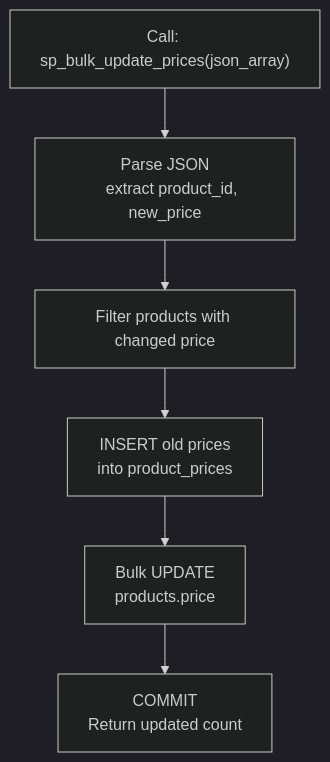
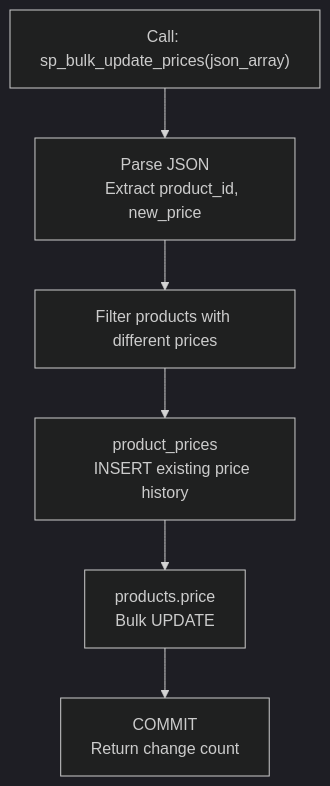
One commit to civilian7/sql-tutorial changed diagram 14 of 15 in docs/en/schema/procedures.md. Above: the diagram before and after it, drawn with Mermaid (dark theme). The commit also changed other lines of this file and 121 other files, not shown here.

````diff
--- a/docs/en/schema/procedures.md
+++ b/docs/en/schema/procedures.md
@@ -1451,12 +1466,12 @@
 ```mermaid
 flowchart TD
     A["Call: sp_bulk_update_prices(json_array)"] --> B["Parse JSON
-    extract product_id, new_price"]
-    B --> C["Filter products with changed price"]
-    C --> D["INSERT old prices
-    into product_prices"]
-    D --> E["Bulk UPDATE
-    products.price"]
+    Extract product_id, new_price"]
+    B --> C["Filter products with different prices"]
+    C --> D["product_prices
+    INSERT existing price history"]
+    D --> E["products.price
+    Bulk UPDATE"]
     E --> F["COMMIT
-    Return updated count"]
+    Return change count"]
 ```
````
